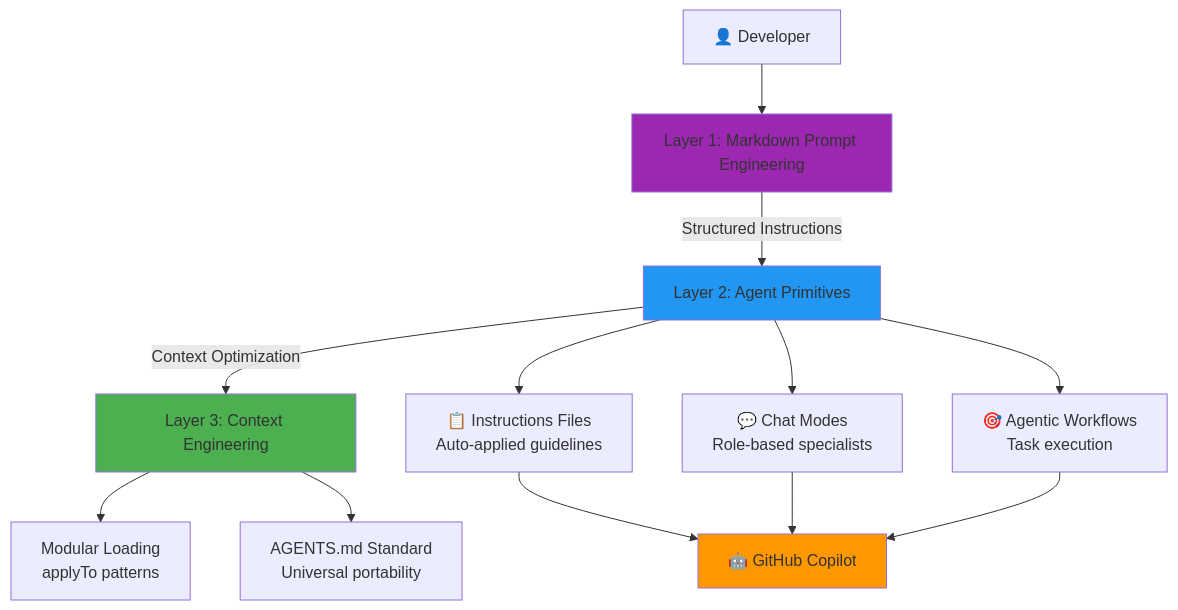
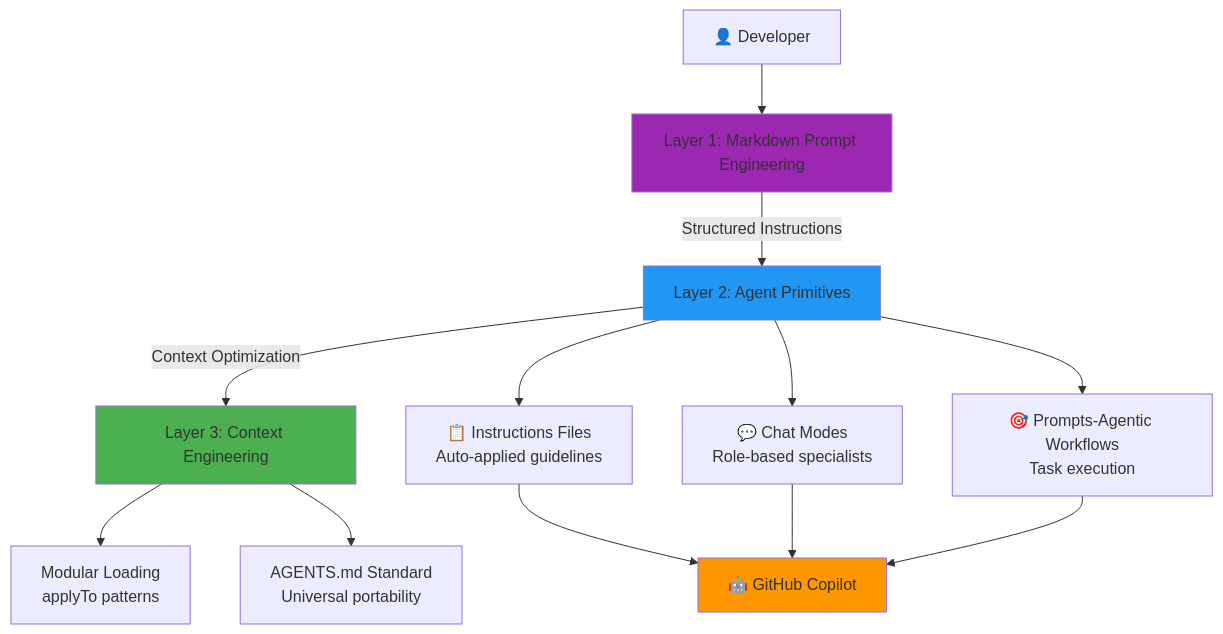
The diagram in README.md (javiarmesto/AL-Development-Collection-for-GitHub-Copilot), drawn with Mermaid before and after one commit.

Commit message:
Update prompts section in README.md

````diff
--- a/README.md
+++ b/README.md
@@ -61,22 +61,22 @@
 ```mermaid
 graph TB
     Dev[👤 Developer] --> Layer1[Layer 1: Markdown Prompt Engineering]
     Layer1 --> |Structured Instructions| Layer2[Layer 2: Agent Primitives]
     Layer2 --> |Context Optimization| Layer3[Layer 3: Context Engineering]
     
     Layer2 --> Instructions[📋 Instructions Files<br/>Auto-applied guidelines]
     Layer2 --> ChatModes[💬 Chat Modes<br/>Role-based specialists]
-    Layer2 --> Prompts[🎯 Agentic Workflows<br/>Task execution]
+    Layer2 --> Prompts[🎯 Prompts-Agentic Workflows<br/>Task execution]
     
     Layer3 --> Modular[Modular Loading<br/>applyTo patterns]
     Layer3 --> AGENTSMD[AGENTS.md Standard<br/>Universal portability]
     
     Instructions --> Copilot[🤖 GitHub Copilot]
     ChatModes --> Copilot
     Prompts --> Copilot
     
     style Layer1 fill:#9C27B0
     style Layer2 fill:#2196F3
     style Layer3 fill:#4CAF50
     style Copilot fill:#FF9800
 ```
````
